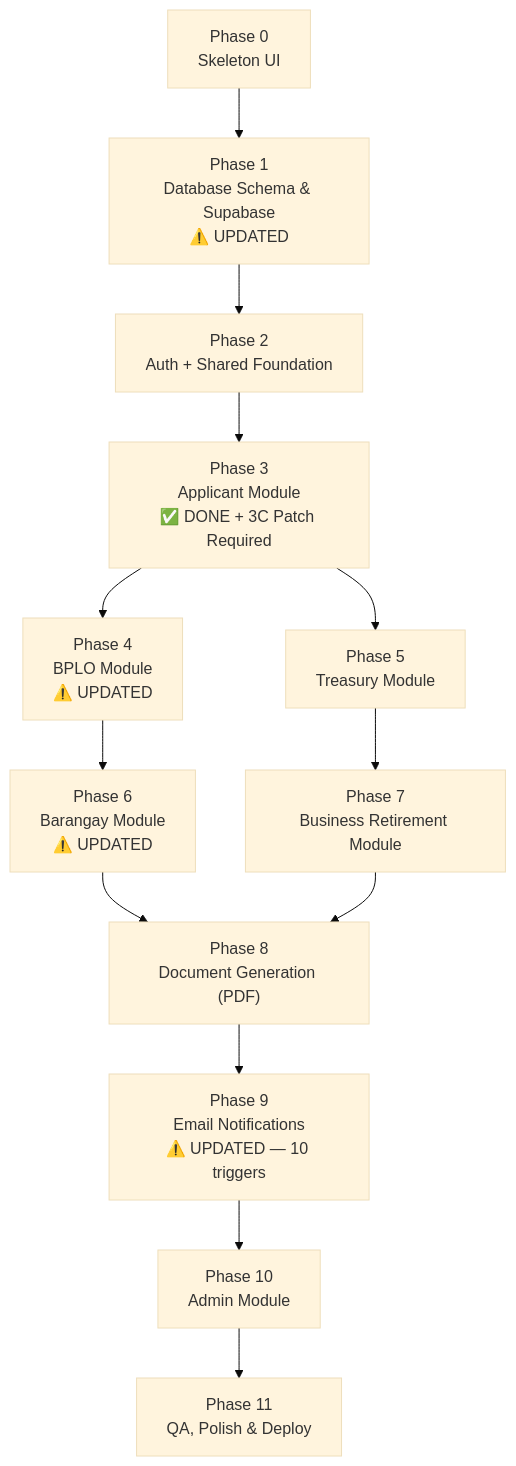
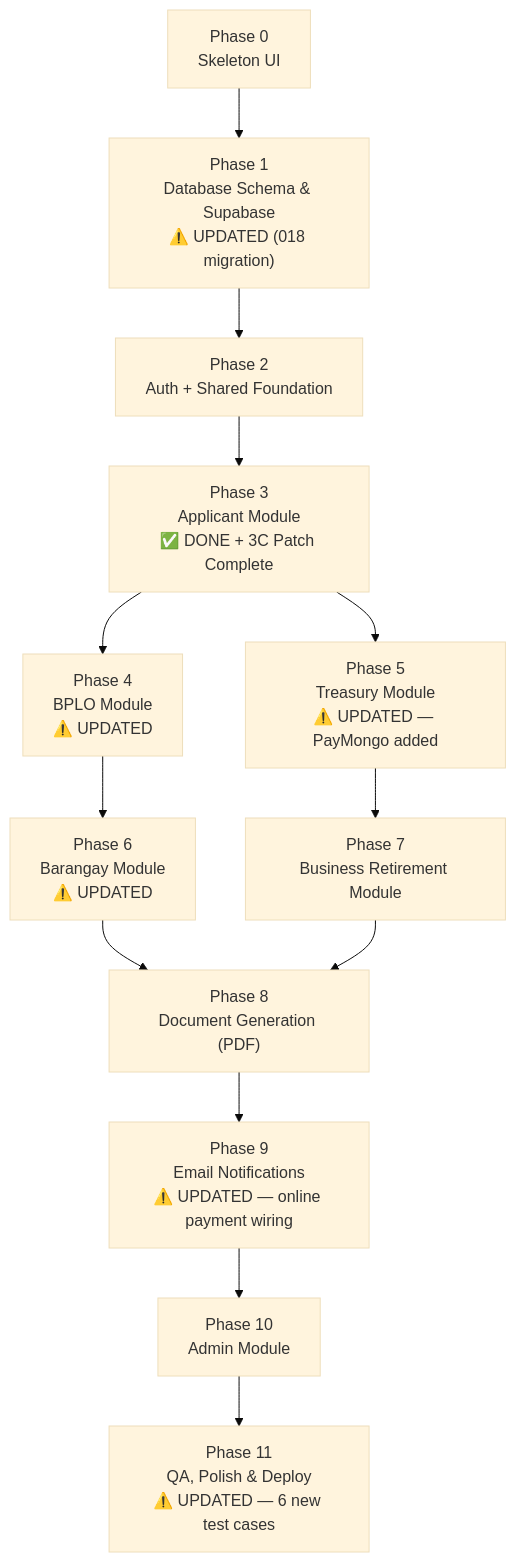
One commit to albuerocedrick/ebpls changed the diagram in system-planning/eBPLS_Implementation_Plan.md. Above: the diagram before and after it, drawn with Mermaid (base theme). The commit also changed other lines of this file and 3 other files, not shown here.

````diff
--- a/system-planning/eBPLS_Implementation_Plan.md
+++ b/system-planning/eBPLS_Implementation_Plan.md
@@ -40,28 +39,28 @@
 ```mermaid
 graph TD
     P0["Phase 0<br/>Skeleton UI"]
-    P1["Phase 1<br/>Database Schema & Supabase<br/>⚠️ UPDATED"]
+    P1["Phase 1<br/>Database Schema & Supabase<br/>⚠️ UPDATED (018 migration)"]
     P2["Phase 2<br/>Auth + Shared Foundation"]
-    P3["Phase 3<br/>Applicant Module<br/>✅ DONE + 3C Patch Required"]
+    P3["Phase 3<br/>Applicant Module<br/>✅ DONE + 3C Patch Complete"]
     P4["Phase 4<br/>BPLO Module<br/>⚠️ UPDATED"]
-    P5["Phase 5<br/>Treasury Module"]
+    P5["Phase 5<br/>Treasury Module<br/>⚠️ UPDATED — PayMongo added"]
     P6["Phase 6<br/>Barangay Module<br/>⚠️ UPDATED"]
     P7["Phase 7<br/>Business Retirement Module"]
     P8["Phase 8<br/>Document Generation (PDF)"]
-    P9["Phase 9<br/>Email Notifications<br/>⚠️ UPDATED — 10 triggers"]
+    P9["Phase 9<br/>Email Notifications<br/>⚠️ UPDATED — online payment wiring"]
     P10["Phase 10<br/>Admin Module"]
-    P11["Phase 11<br/>QA, Polish & Deploy"]
+    P11["Phase 11<br/>QA, Polish & Deploy<br/>⚠️ UPDATED — 6 new test cases"]
 
     P0 --> P1
     P1 --> P2
     P2 --> P3
     P3 --> P4
     P3 --> P5
     P4 --> P6
     P5 --> P7
     P6 --> P8
     P7 --> P8
     P8 --> P9
     P9 --> P10
     P10 --> P11
 ```
````
